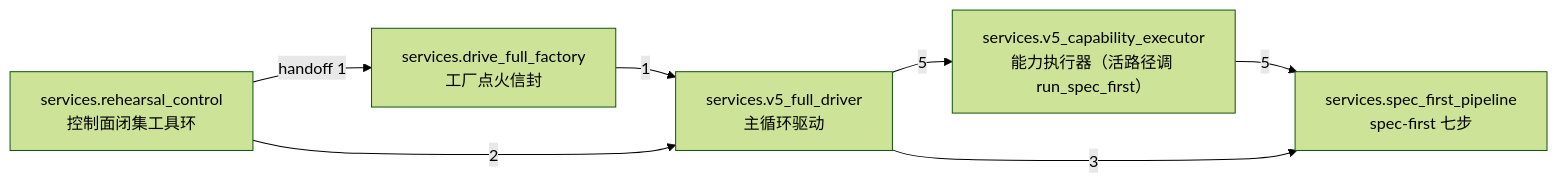
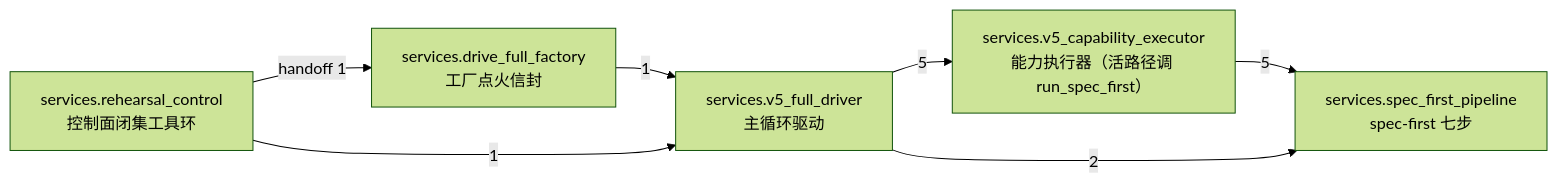
The third of 4 diagrams in docs/SlideRule V6.2 架构图（自动生成）.md (2686521696/WhyBuddy), drawn with Mermaid (forest theme) before and after one commit. The commit also changed other lines of this file and 13 other files, not shown here.

First line of the commit message:
fix(architecture): validate complete dependency graphs and regenerate docs

````diff
--- a/docs/SlideRule V6.2 架构图（自动生成）.md
+++ b/docs/SlideRule V6.2 架构图（自动生成）.md
@@ -109,14 +111,14 @@
 ```mermaid
 flowchart LR
   services_rehearsal_control["services.rehearsal_control<br/>控制面闭集工具环"]
   services_drive_full_factory["services.drive_full_factory<br/>工厂点火信封"]
   services_v5_full_driver["services.v5_full_driver<br/>主循环驱动"]
   services_v5_capability_executor["services.v5_capability_executor<br/>能力执行器（活路径调 run_spec_first）"]
   services_spec_first_pipeline["services.spec_first_pipeline<br/>spec-first 七步"]
   services_drive_full_factory -->|1| services_v5_full_driver
   services_rehearsal_control -->|handoff 1| services_drive_full_factory
-  services_rehearsal_control -->|2| services_v5_full_driver
+  services_rehearsal_control -->|1| services_v5_full_driver
   services_v5_capability_executor -->|5| services_spec_first_pipeline
-  services_v5_full_driver -->|3| services_spec_first_pipeline
+  services_v5_full_driver -->|2| services_spec_first_pipeline
   services_v5_full_driver -->|5| services_v5_capability_executor
 ```
````
